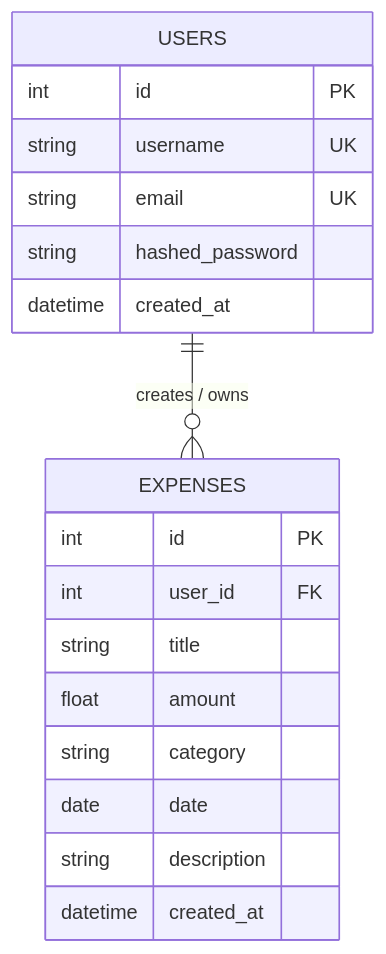
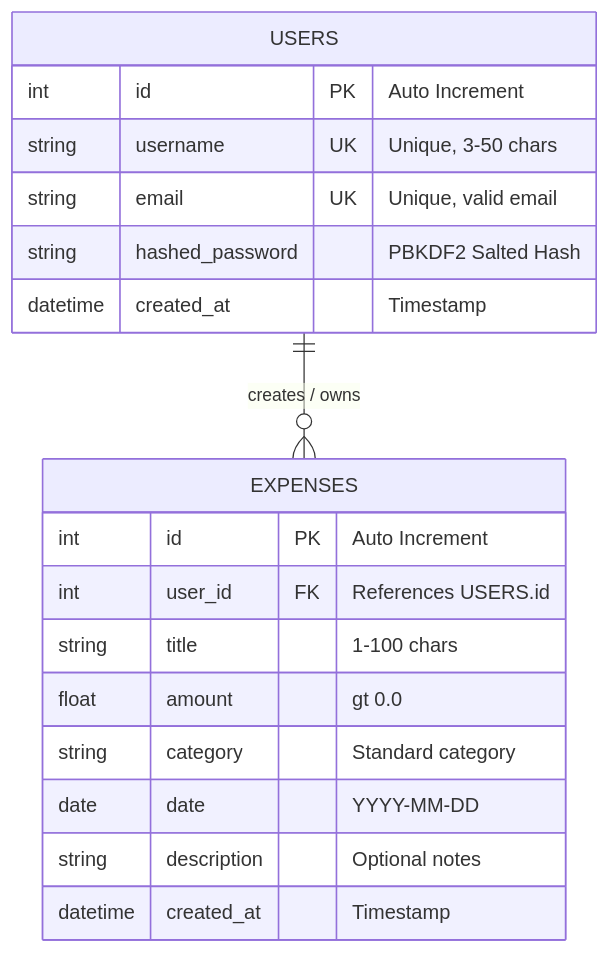
Before and after one commit to ARKhalid123/Sprint_1_Nolyth: the diagram in README.md, drawn with Mermaid. The commit also changed other lines of this file, not shown here.

````diff
--- a/README.md
+++ b/README.md
@@ -211,21 +299,21 @@
 ```mermaid
 erDiagram
     USERS ||--o{ EXPENSES : "creates / owns"
     USERS {
-        int id PK
-        string username UK
-        string email UK
-        string hashed_password
-        datetime created_at
+        int id PK "Auto Increment"
+        string username UK "Unique, 3-50 chars"
+        string email UK "Unique, valid email"
+        string hashed_password "PBKDF2 Salted Hash"
+        datetime created_at "Timestamp"
     }
     EXPENSES {
-        int id PK
-        int user_id FK
-        string title
-        float amount
-        string category
-        date date
-        string description
-        datetime created_at
+        int id PK "Auto Increment"
+        int user_id FK "References USERS.id"
+        string title "1-100 chars"
+        float amount "gt 0.0"
+        string category "Standard category"
+        date date "YYYY-MM-DD"
+        string description "Optional notes"
+        datetime created_at "Timestamp"
     }
 ```
````
